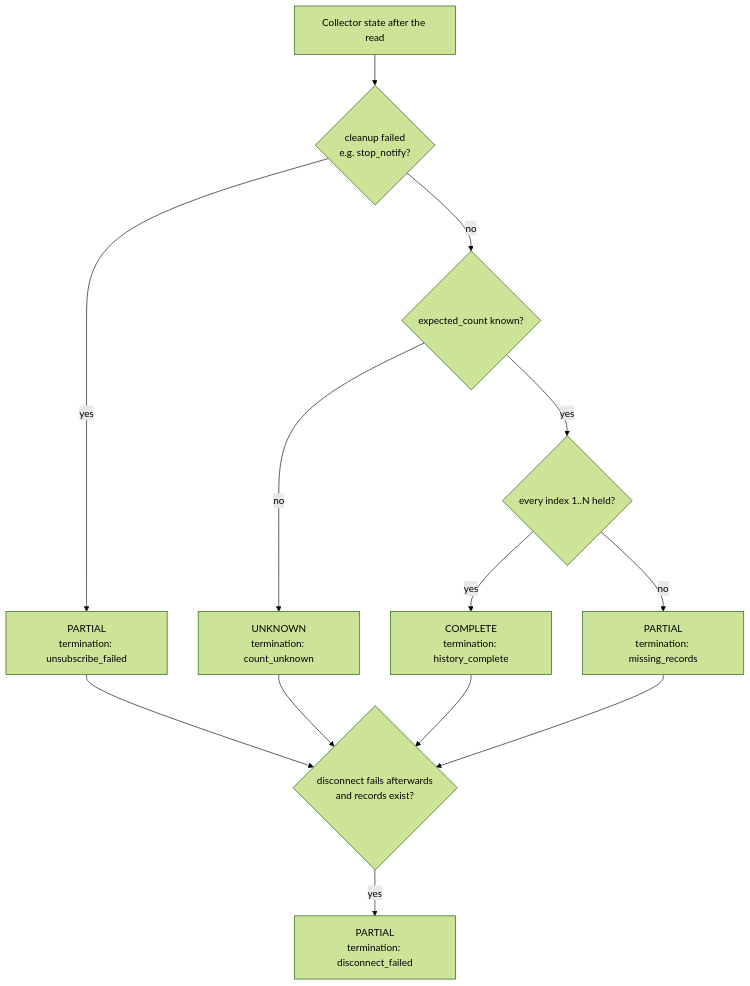
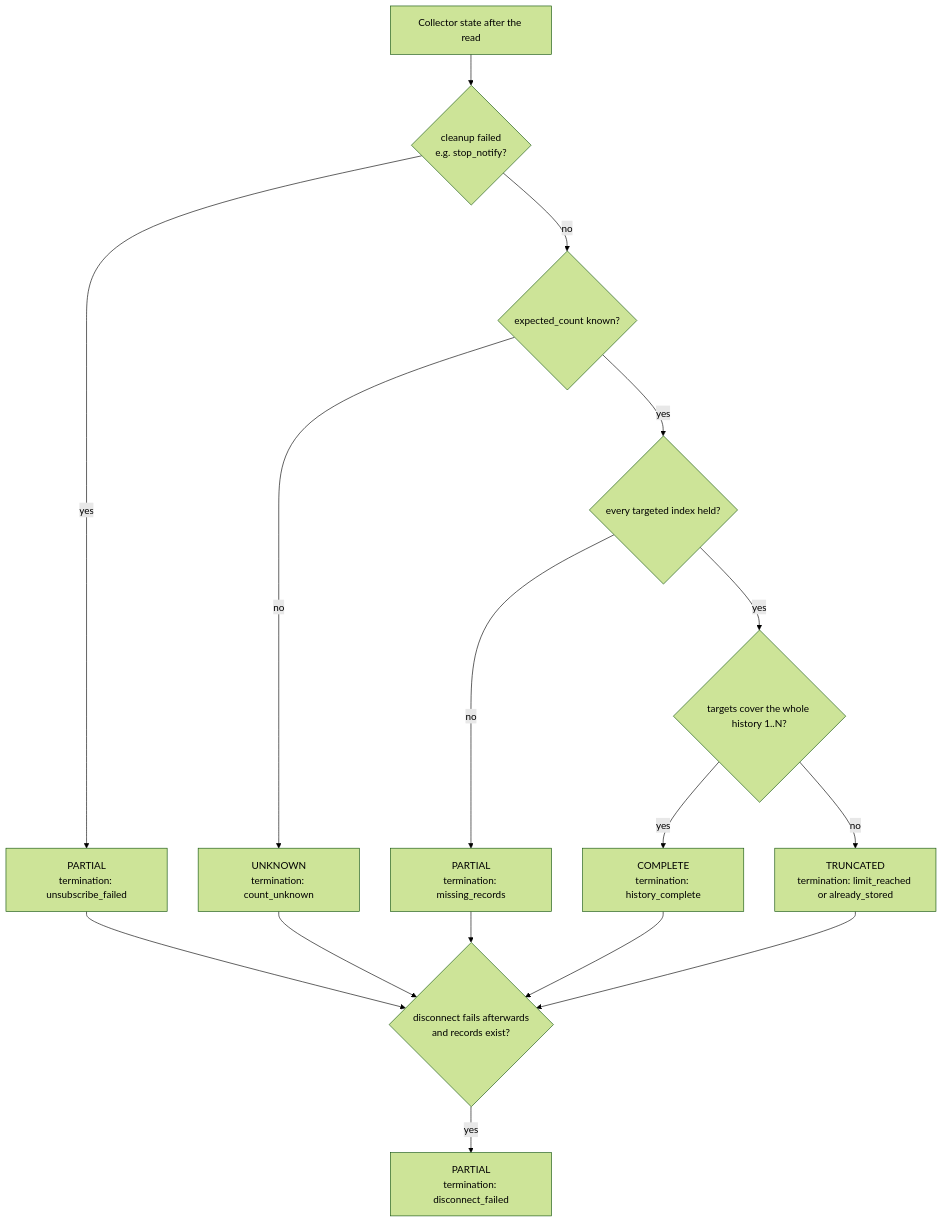
One commit to kiforsbe/bgmeter changed diagram 13 of 14 in ARCHITECTURE.md. Above: the diagram before and after it, drawn with Mermaid (forest theme). The commit also changed other lines of this file and 2 other files, not shown here.

Commit message:
docs: describe --newest, --new-only, and the truncated status

````diff
--- a/ARCHITECTURE.md
+++ b/ARCHITECTURE.md
@@ -1053,15 +1124,18 @@
 ```mermaid
 flowchart TD
     s["Collector state after the read"] --> c{"cleanup failed<br/>e.g. stop_notify?"}
     c -->|yes| p1["PARTIAL<br/>termination: unsubscribe_failed"]
     c -->|no| e{"expected_count known?"}
     e -->|no| u["UNKNOWN<br/>termination: count_unknown"]
-    e -->|yes| all{"every index 1..N held?"}
-    all -->|yes| ok["COMPLETE<br/>termination: history_complete"]
+    e -->|yes| all{"every targeted index held?"}
     all -->|no| p2["PARTIAL<br/>termination: missing_records"]
+    all -->|yes| full{"targets cover the whole history 1..N?"}
+    full -->|yes| ok["COMPLETE<br/>termination: history_complete"]
+    full -->|no| tr["TRUNCATED<br/>termination: limit_reached or already_stored"]
     ok --> m{"disconnect fails afterwards<br/>and records exist?"}
+    tr --> m
     p1 --> m
     u --> m
     p2 --> m
     m -->|yes| p3["PARTIAL<br/>termination: disconnect_failed"]
 ```
````
